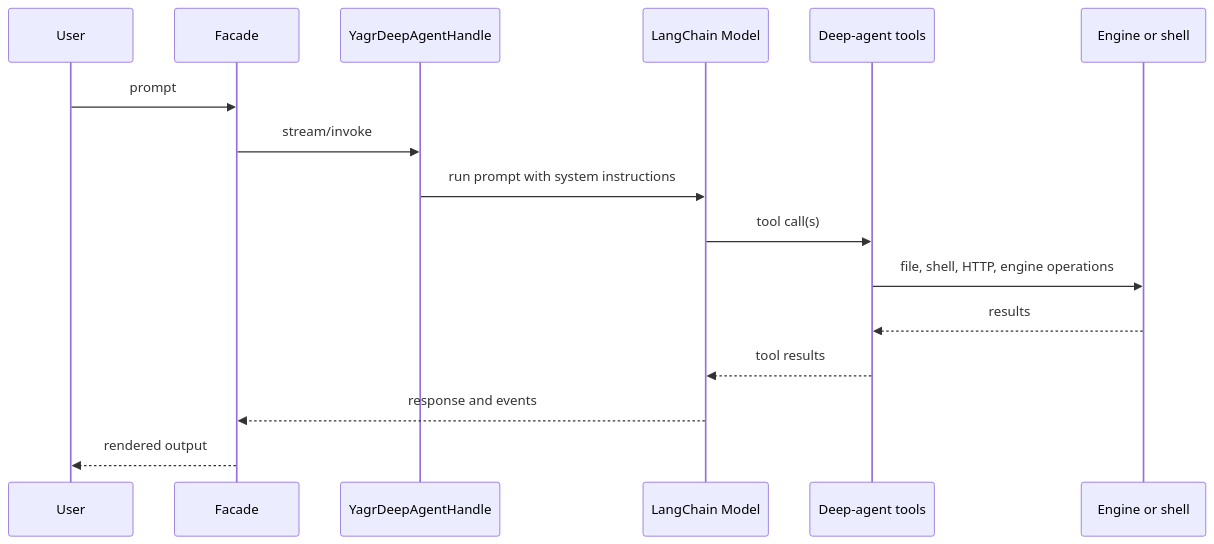
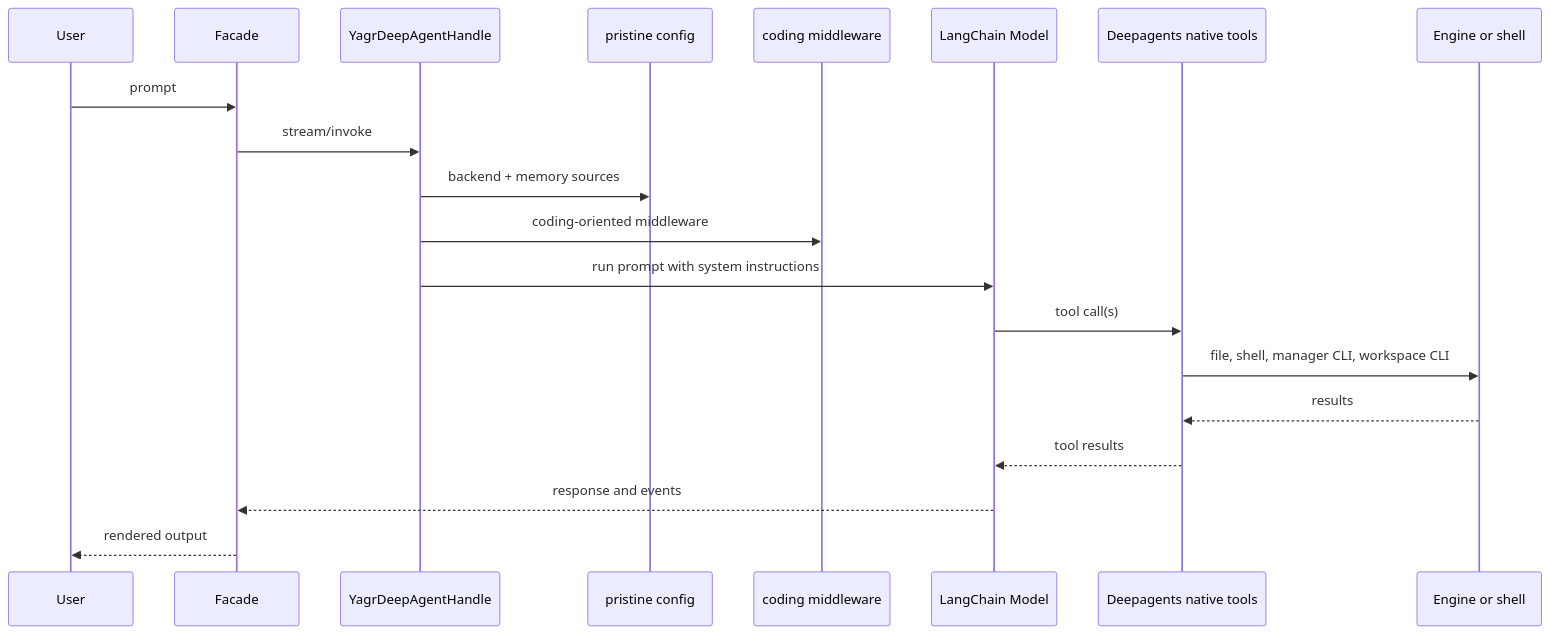
One commit to EtienneLescot/yagr changed the first of 4 diagrams in architecture/current/runtime-flows.md. Above: the diagram before and after it, drawn with Mermaid. The commit also changed other lines of this file and 9 other files, not shown here.

First line of the commit message:
Refactor deepagents architecture for clarity and separation of concerns

````diff
--- a/architecture/current/runtime-flows.md
+++ b/architecture/current/runtime-flows.md
@@ -7,19 +7,23 @@
 ```mermaid
 sequenceDiagram
     participant U as User
     participant F as Facade
     participant H as YagrDeepAgentHandle
+    participant P as pristine config
+    participant C as coding middleware
     participant M as LangChain Model
-    participant T as Deep-agent tools
+    participant T as Deepagents native tools
     participant E as Engine or shell
 
     U->>F: prompt
     F->>H: stream/invoke
+    H->>P: backend + memory sources
+    H->>C: coding-oriented middleware
     H->>M: run prompt with system instructions
     M->>T: tool call(s)
-    T->>E: file, shell, HTTP, engine operations
+    T->>E: file, shell, manager CLI, workspace CLI
     E-->>T: results
     T-->>M: tool results
     M-->>F: response and events
     F-->>U: rendered output
 ```
````
